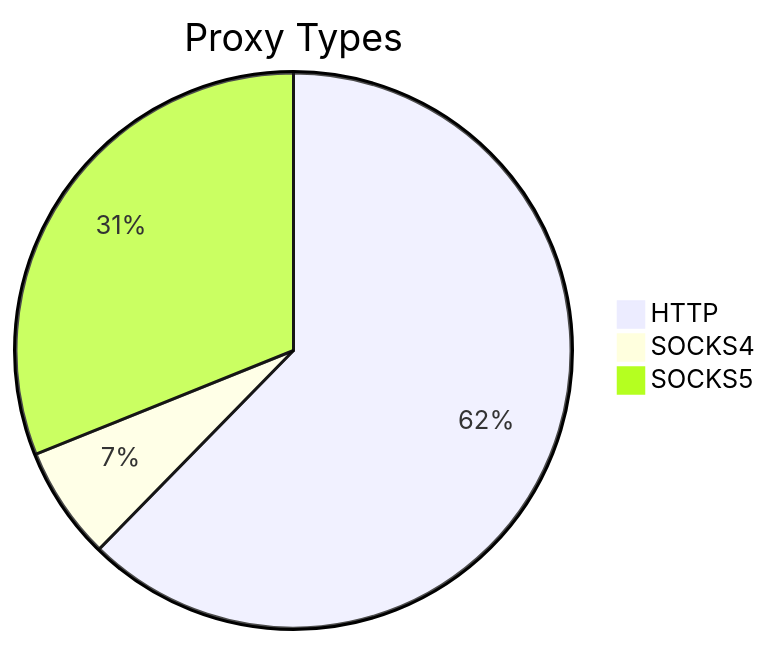
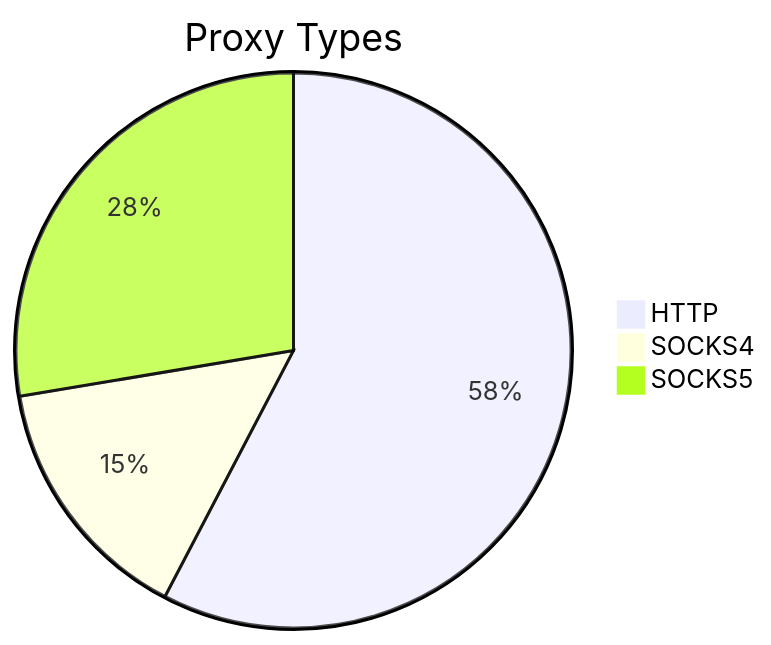
Before and after one commit to stormsia/proxy-list: the first of 2 diagrams in README.md, drawn with Mermaid. The commit also changed other lines of this file, not shown here.

````diff
--- a/README.md
+++ b/README.md
@@ -21,6 +21,6 @@
 ```mermaid
 pie title Proxy Types
-    "HTTP" : 407
-    "SOCKS4" : 43
-    "SOCKS5" : 203
+    "HTTP" : 459
+    "SOCKS4" : 117
+    "SOCKS5" : 220
 ```
````
